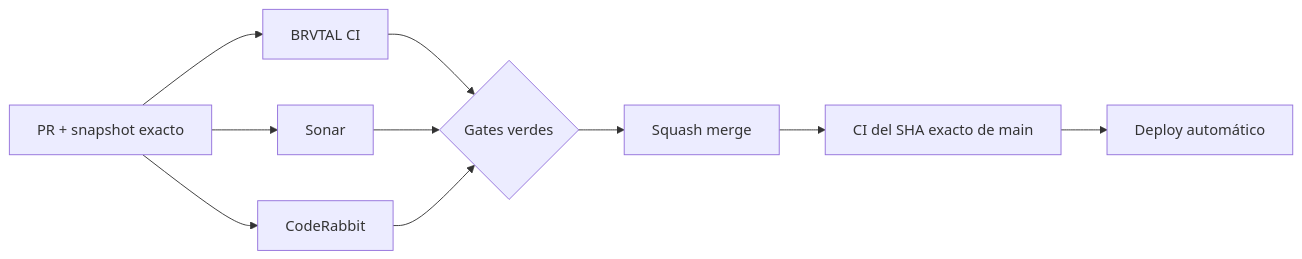
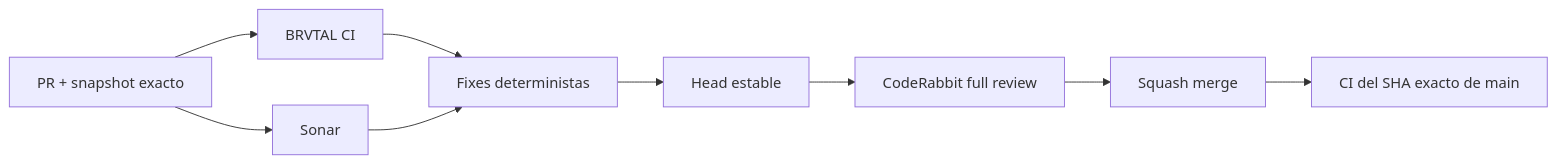
One commit to pl0n3r/brvtal changed the diagram in README.md. Above: the diagram before and after it, drawn with Mermaid. The commit also changed other lines of this file, not shown here.

Commit message:
docs: snapshot CodeRabbit workflow change

````diff
--- a/README.md
+++ b/README.md
@@ -28,12 +27,11 @@
 ```mermaid
 flowchart LR
     A["PR + snapshot exacto"] --> B["BRVTAL CI"]
     A --> C["Sonar"]
-    A --> D["CodeRabbit"]
-    B --> E{"Gates verdes"}
-    C --> E
-    D --> E
-    E --> F["Squash merge"]
-    F --> G["CI del SHA exacto de main"]
-    G --> H["Deploy automático"]
+    B --> D["Fixes deterministas"]
+    C --> D
+    D --> E["Head estable"]
+    E --> F["CodeRabbit full review"]
+    F --> G["Squash merge"]
+    G --> H["CI del SHA exacto de main"]
 ```
````
